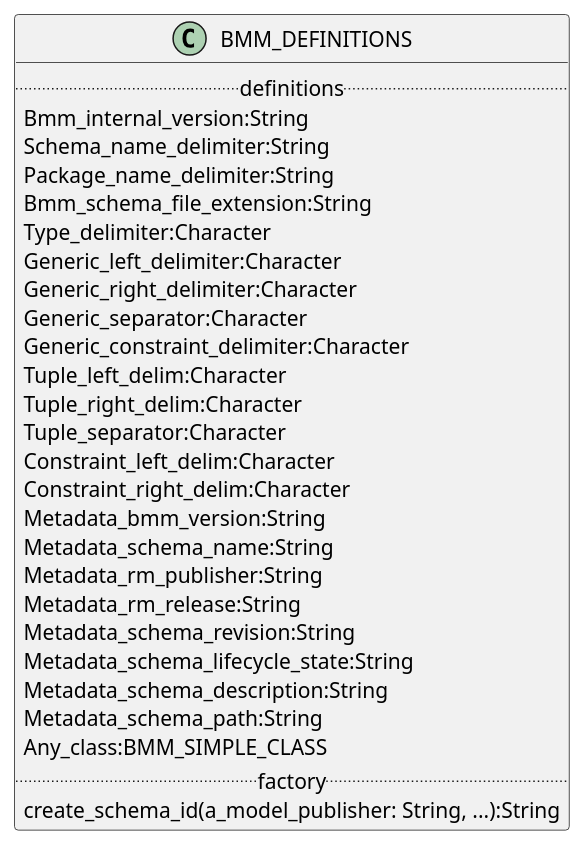
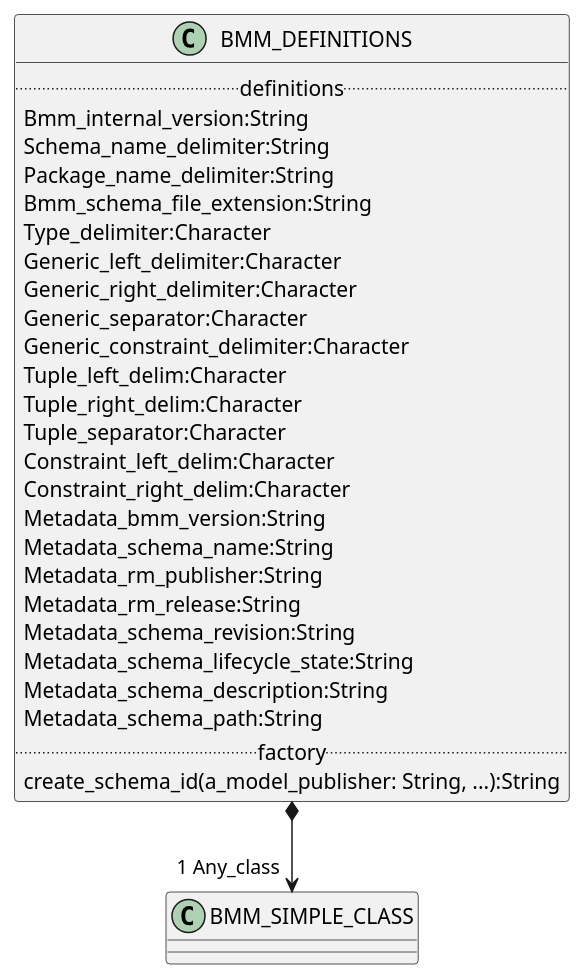
Before and after one commit to wolandscat/openehr-doc: the diagram in modules/ROOT/examples/bmm/languages/bmm/definitions/definitions-package-uml.adoc, drawn with PlantUML. The commit also changed 30 other files, not shown here.

```diff
--- a/modules/ROOT/examples/bmm/languages/bmm/definitions/definitions-package-uml.adoc
+++ b/modules/ROOT/examples/bmm/languages/bmm/definitions/definitions-package-uml.adoc
@@ -3,37 +3,38 @@
 [plantuml,opts=interactive,link=self]
 ....
 skinparam groupInheritance 2
 skinparam citedClassColor #FDFDFD
 
 
 class BMM_DEFINITIONS [[/openehr-doc/latest/languages/bmm-gen.html#_class_bmm_definitions]] {
         .. definitions ..
         Bmm_internal_version:String
         Schema_name_delimiter:String
         Package_name_delimiter:String
         Bmm_schema_file_extension:String
         Type_delimiter:Character
         Generic_left_delimiter:Character
         Generic_right_delimiter:Character
         Generic_separator:Character
         Generic_constraint_delimiter:Character
         Tuple_left_delim:Character
         Tuple_right_delim:Character
         Tuple_separator:Character
         Constraint_left_delim:Character
         Constraint_right_delim:Character
         Metadata_bmm_version:String
         Metadata_schema_name:String
         Metadata_rm_publisher:String
         Metadata_rm_release:String
         Metadata_schema_revision:String
         Metadata_schema_lifecycle_state:String
         Metadata_schema_description:String
         Metadata_schema_path:String
-        Any_class:BMM_SIMPLE_CLASS
         .. factory ..
         create_schema_id(a_model_publisher: String, ...):String
 }
 
 
+BMM_DEFINITIONS *--> "1 Any_class" BMM_SIMPLE_CLASS
+
 ....
```
